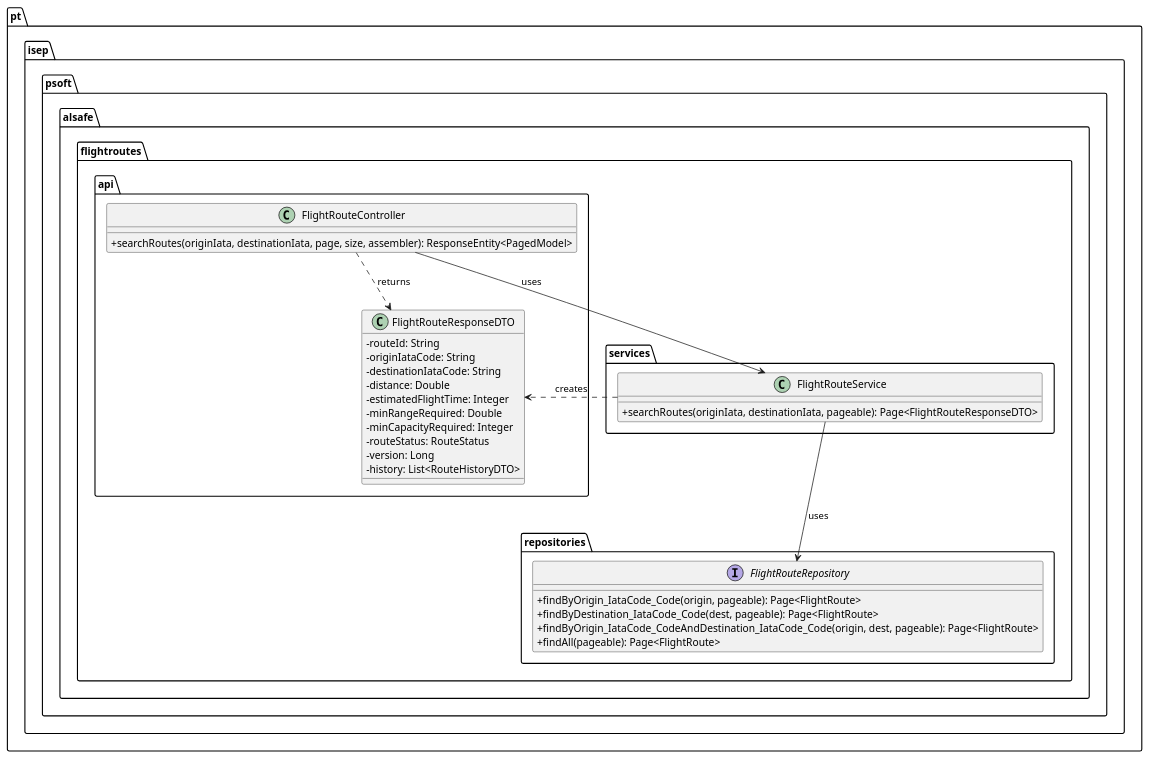
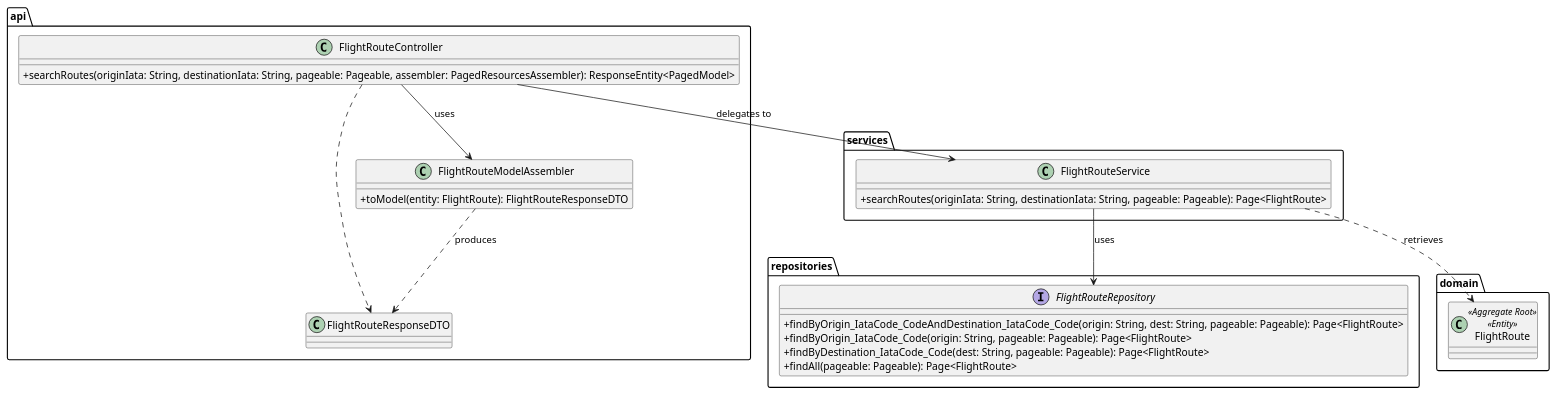
Before and after one commit to Andre-1240567/psoft2026_2DB_1240567_1241013_1240624: the diagram in docs/use-cases/WP#3A/US114/puml/US114-CD.puml, drawn with PlantUML. The commit also changed 43 other files, not shown here.

```diff
--- a/docs/use-cases/WP#3A/US114/puml/US114-CD.puml
+++ b/docs/use-cases/WP#3A/US114/puml/US114-CD.puml
@@ -1,42 +1,39 @@
-@startuml
+@startuml US114-CD
 skinparam classAttributeIconSize 0
 
-package "pt.isep.psoft.alsafe.flightroutes.api" {
+package "api" {
     class FlightRouteController {
-        + searchRoutes(originIata, destinationIata, page, size, assembler): ResponseEntity<PagedModel>
+        + searchRoutes(originIata: String, destinationIata: String, pageable: Pageable, assembler: PagedResourcesAssembler): ResponseEntity<PagedModel>
     }
-    class FlightRouteResponseDTO {
-        - routeId: String
-        - originIataCode: String
-        - destinationIataCode: String
-        - distance: Double
-        - estimatedFlightTime: Integer
-        - minRangeRequired: Double
-        - minCapacityRequired: Integer
-        - routeStatus: RouteStatus
-        - version: Long
-        - history: List<RouteHistoryDTO>
+    class FlightRouteResponseDTO
+    class FlightRouteModelAssembler {
+        + toModel(entity: FlightRoute): FlightRouteResponseDTO
     }
 }
 
-package "pt.isep.psoft.alsafe.flightroutes.services" {
+package "services" {
     class FlightRouteService {
-        + searchRoutes(originIata, destinationIata, pageable): Page<FlightRouteResponseDTO>
+        + searchRoutes(originIata: String, destinationIata: String, pageable: Pageable): Page<FlightRoute>
     }
 }
 
-package "pt.isep.psoft.alsafe.flightroutes.repositories" {
+package "repositories" {
     interface FlightRouteRepository {
-        + findByOrigin_IataCode_Code(origin, pageable): Page<FlightRoute>
-        + findByDestination_IataCode_Code(dest, pageable): Page<FlightRoute>
-        + findByOrigin_IataCode_CodeAndDestination_IataCode_Code(origin, dest, pageable): Page<FlightRoute>
-        + findAll(pageable): Page<FlightRoute>
+        + findByOrigin_IataCode_CodeAndDestination_IataCode_Code(origin: String, dest: String, pageable: Pageable): Page<FlightRoute>
+        + findByOrigin_IataCode_Code(origin: String, pageable: Pageable): Page<FlightRoute>
+        + findByDestination_IataCode_Code(dest: String, pageable: Pageable): Page<FlightRoute>
+        + findAll(pageable: Pageable): Page<FlightRoute>
     }
 }
 
-FlightRouteController --> FlightRouteService : uses
+package "domain" {
+    class FlightRoute <<Aggregate Root>> <<Entity>>
+}
+
+FlightRouteController ..> FlightRouteResponseDTO
+FlightRouteController --> FlightRouteService : delegates to
+FlightRouteController --> FlightRouteModelAssembler : uses
+FlightRouteModelAssembler ..> FlightRouteResponseDTO : produces
 FlightRouteService --> FlightRouteRepository : uses
-FlightRouteService ..> FlightRouteResponseDTO : creates
-FlightRouteController ..> FlightRouteResponseDTO : returns
-
+FlightRouteService ..> FlightRoute : retrieves
 @enduml
```
